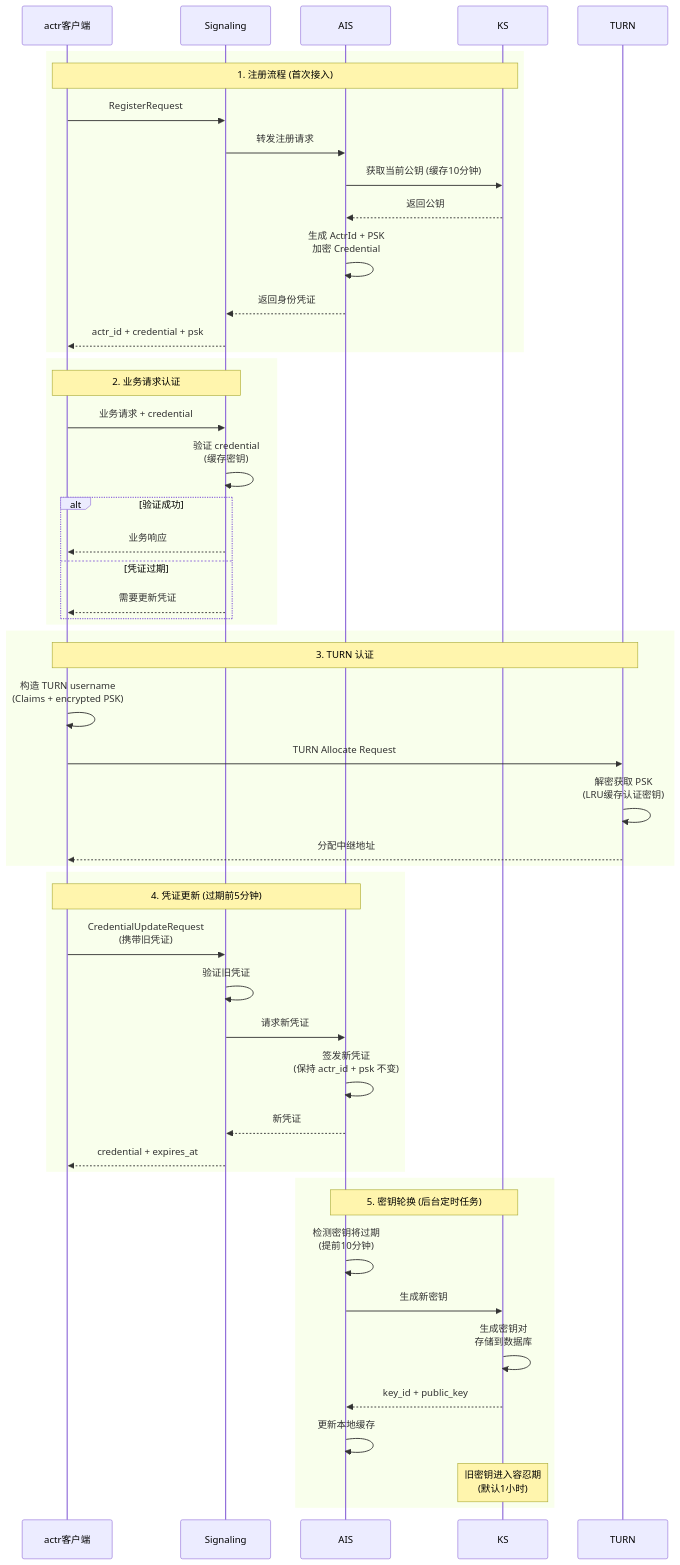
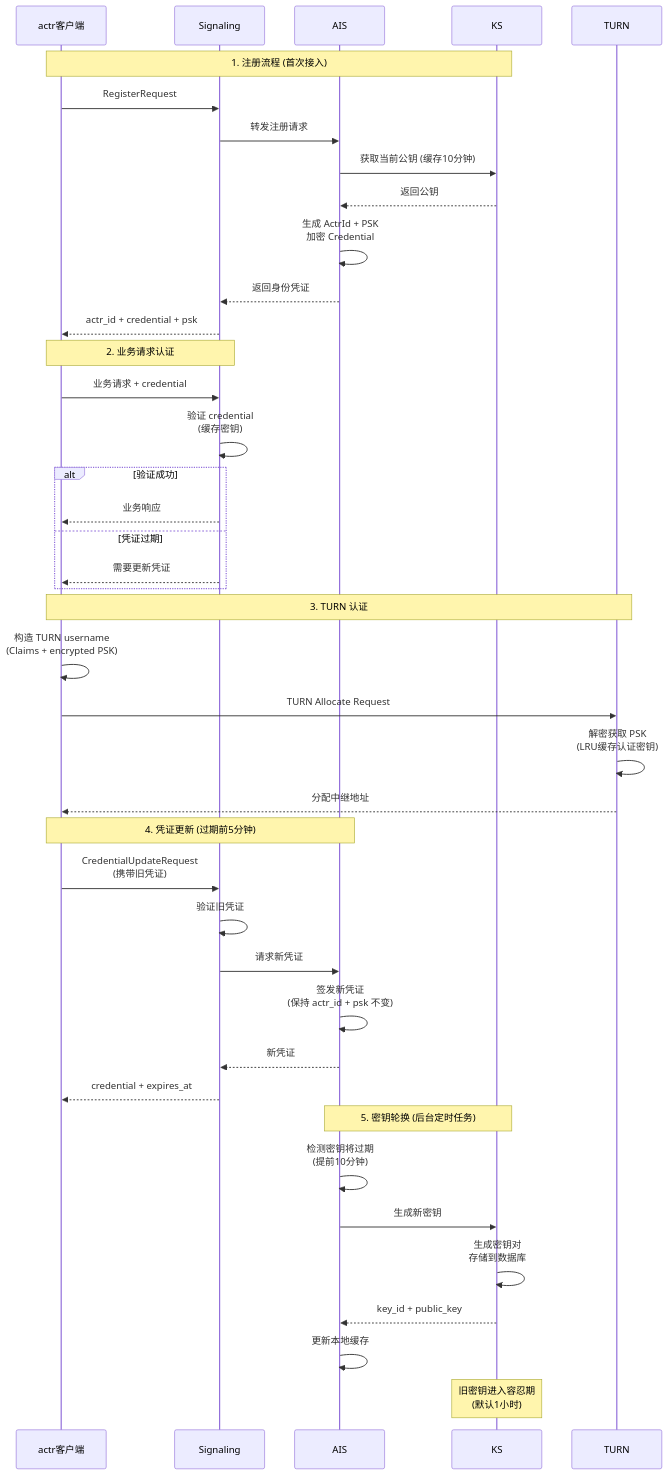
The diagram in zh-hans/5-security-and-authentication.zh.md (actor-rtc/actor-rtc.github.io), drawn with Mermaid before and after one commit.

Commit message:
remove rect in mermaid

````diff
--- a/zh-hans/5-security-and-authentication.zh.md
+++ b/zh-hans/5-security-and-authentication.zh.md
@@ -55,63 +55,53 @@
 ```mermaid
 sequenceDiagram
     participant A as actr客户端
     participant S as Signaling
     participant AIS as AIS
     participant KS as KS
     participant T as TURN
 
     %% 注册流程
-    rect
     Note over A,KS: 1. 注册流程 (首次接入)
     A->>S: RegisterRequest
     S->>AIS: 转发注册请求
     AIS->>KS: 获取当前公钥 (缓存10分钟)
     KS-->>AIS: 返回公钥
     AIS->>AIS: 生成 ActrId + PSK<br/>加密 Credential
     AIS-->>S: 返回身份凭证
     S-->>A: actr_id + credential + psk
-    end
 
     %% 业务认证
-    rect
     Note over A,S: 2. 业务请求认证
     A->>S: 业务请求 + credential
     S->>S: 验证 credential<br/>(缓存密钥)
     alt 验证成功
         S-->>A: 业务响应
     else 凭证过期
         S-->>A: 需要更新凭证
     end
-    end
 
     %% TURN认证
-    rect
     Note over A,T: 3. TURN 认证
     A->>A: 构造 TURN username<br/>(Claims + encrypted PSK)
     A->>T: TURN Allocate Request
     T->>T: 解密获取 PSK<br/>(LRU缓存认证密钥)
     T-->>A: 分配中继地址
-    end
 
     %% 凭证更新
-    rect
     Note over A,AIS: 4. 凭证更新 (过期前5分钟)
     A->>S: CredentialUpdateRequest<br/>(携带旧凭证)
     S->>S: 验证旧凭证
     S->>AIS: 请求新凭证
     AIS->>AIS: 签发新凭证<br/>(保持 actr_id + psk 不变)
     AIS-->>S: 新凭证
     S-->>A: credential + expires_at
-    end
 
     %% 密钥轮换
-    rect
     Note over AIS,KS: 5. 密钥轮换 (后台定时任务)
     AIS->>AIS: 检测密钥将过期<br/>(提前10分钟)
     AIS->>KS: 生成新密钥
     KS->>KS: 生成密钥对<br/>存储到数据库
     KS-->>AIS: key_id + public_key
     AIS->>AIS: 更新本地缓存
     Note over KS: 旧密钥进入容忍期<br/>(默认1小时)
-    end
 ```
````
